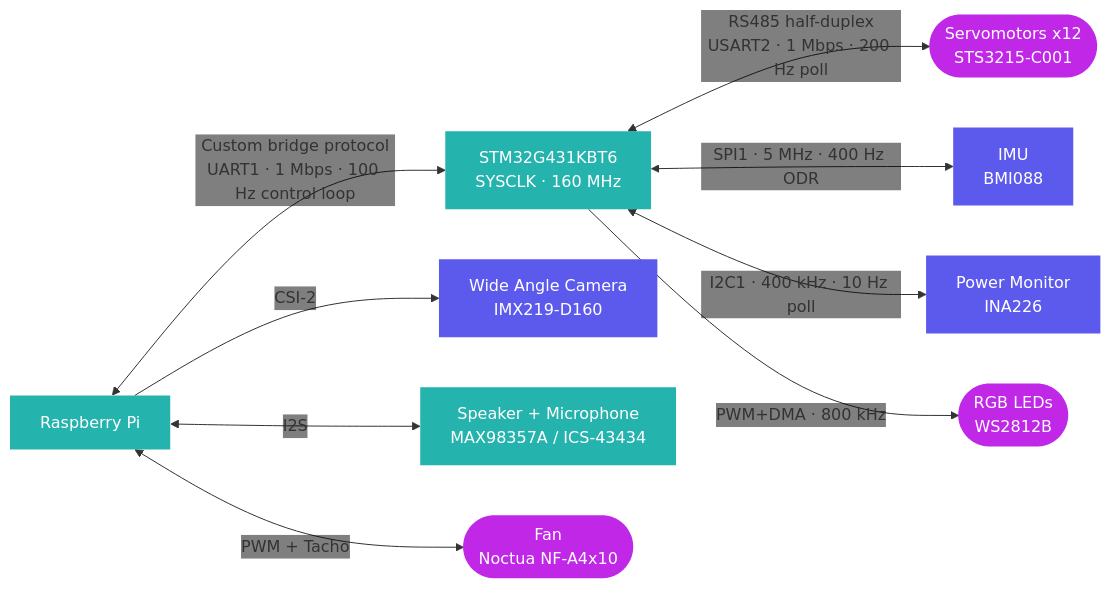
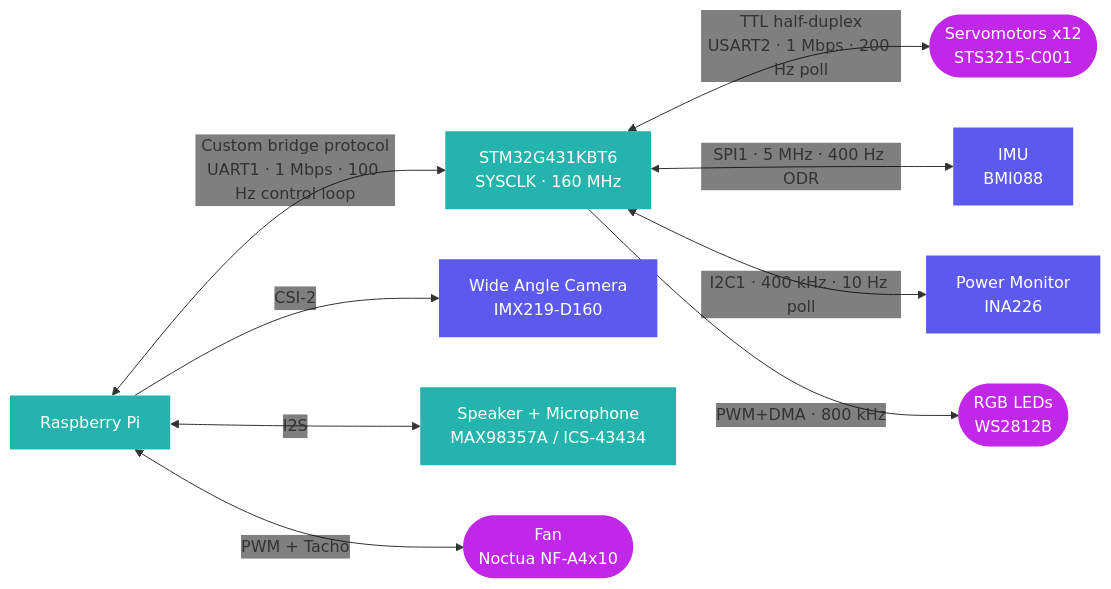
Before and after one commit to Mowibox/chromapi_motherboard: the second of 2 diagrams in README.md, drawn with Mermaid. The commit also changed other lines of this file, not shown here.

First line of the commit message:
README: servo bus type, poll split, Mahony rate and foot switches

````diff
--- a/README.md
+++ b/README.md
@@ -123,31 +123,31 @@
 ```mermaid
 %%{init: {'themeVariables': {'edgeLabelBackground':'transparent'}}}%%
 flowchart LR
     RPI["Raspberry Pi"]
     MCU["STM32G431KBT6<br/>SYSCLK · 160 MHz"]
     SERVOS(["Servomotors x12<br/>STS3215-C001"])
     IMU["IMU<br/>BMI088"]
     PWR["Power Monitor<br/>INA226"]
     LED(["RGB LEDs<br/>WS2812B"])
     CAM["Wide Angle Camera<br/>IMX219-D160"]
     AUDIO["Speaker + Microphone<br/>MAX98357A / ICS-43434"]
     FAN(["Fan<br/>Noctua NF-A4x10"])
 
     RPI <-->|"Custom bridge protocol<br/>UART1 · 1 Mbps · 100 Hz control loop"| MCU
-    MCU <-->|"RS485 half-duplex<br/>USART2 · 1 Mbps · 200 Hz poll"| SERVOS
+    MCU <-->|"TTL half-duplex<br/>USART2 · 1 Mbps · 200 Hz poll"| SERVOS
     MCU <-->|"SPI1 · 5 MHz · 400 Hz ODR"| IMU
     MCU <-->|"I2C1 · 400 kHz · 10 Hz poll"| PWR
     MCU -->|"PWM+DMA · 800 kHz"| LED
 
     RPI -->|"CSI-2"| CAM
     RPI <-->|"I2S"| AUDIO
     RPI <-->|"PWM + Tacho"| FAN
 
     classDef ic fill:#25b3ae,color:#ffffff,stroke:none
     classDef actuator fill:#c027e7,color:#ffffff,stroke:none
     classDef sensor fill:#5c5aed,color:#ffffff,stroke:none
 
     class RPI,MCU,AUDIO ic
     class SERVOS,LED,FAN actuator
     class IMU,PWR,CAM sensor
 ```
````
